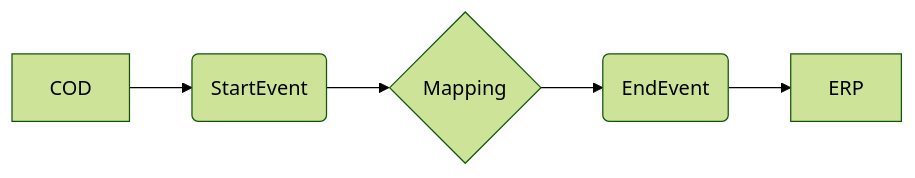
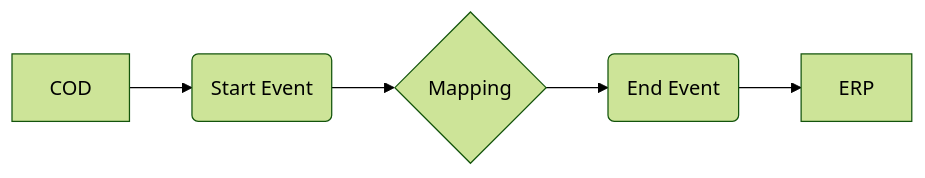
One commit to Avvale-IA-CICD/AvvaleCPI changed the diagram in MMZ - Cell Iflows/Check_Connectivity_to_SAP_Business_Suite_MMZ-1.0.4/readme.md. Above: the diagram before and after it, drawn with Mermaid (forest theme). The commit also changed other lines of this file, not shown here.

````diff
--- a/MMZ - Cell Iflows/Check_Connectivity_to_SAP_Business_Suite_MMZ-1.0.4/readme.md
+++ b/MMZ - Cell Iflows/Check_Connectivity_to_SAP_Business_Suite_MMZ-1.0.4/readme.md
@@ -4,7 +4,7 @@
 ```mermaid
 graph LR
-    A[COD] --> B(StartEvent);
-    B --> C{Mapping};
-    C --> D(EndEvent);
-    D --> E[ERP];
+    A[COD] --> B(Start Event)
+    B --> C{Mapping}
+    C --> D(End Event)
+    D --> E[ERP]
 ```
````
